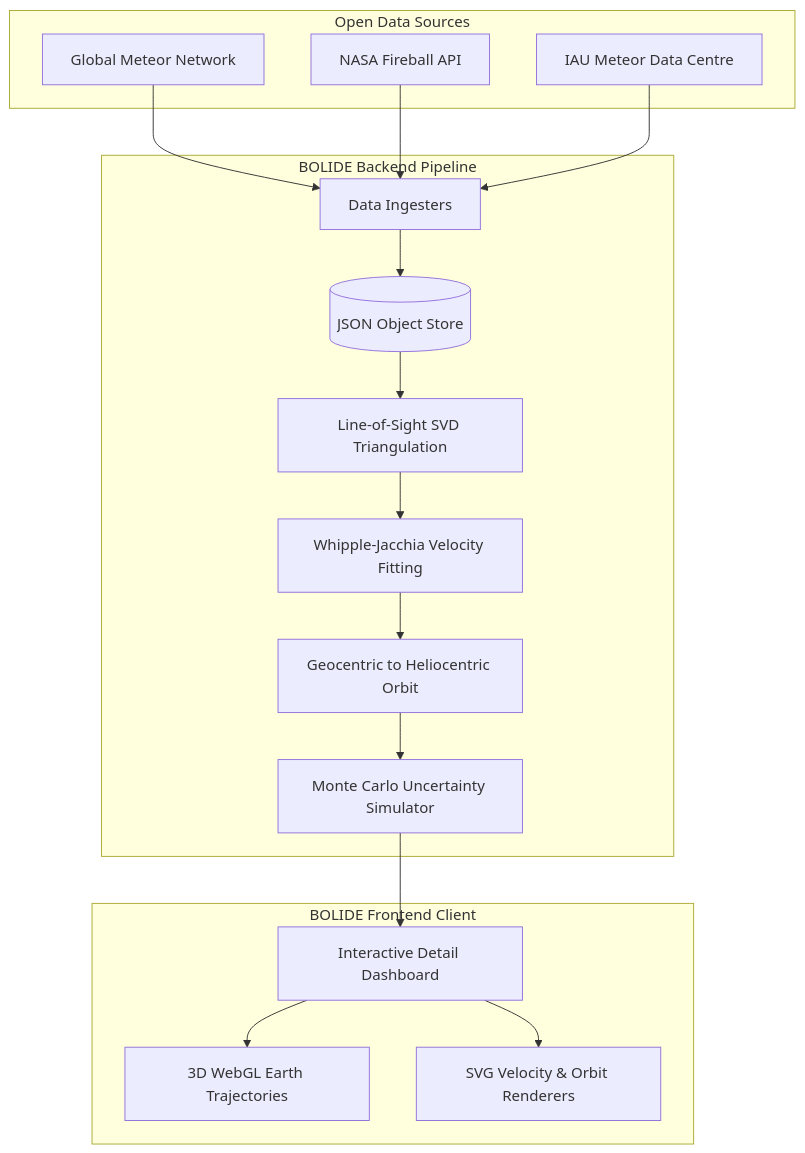
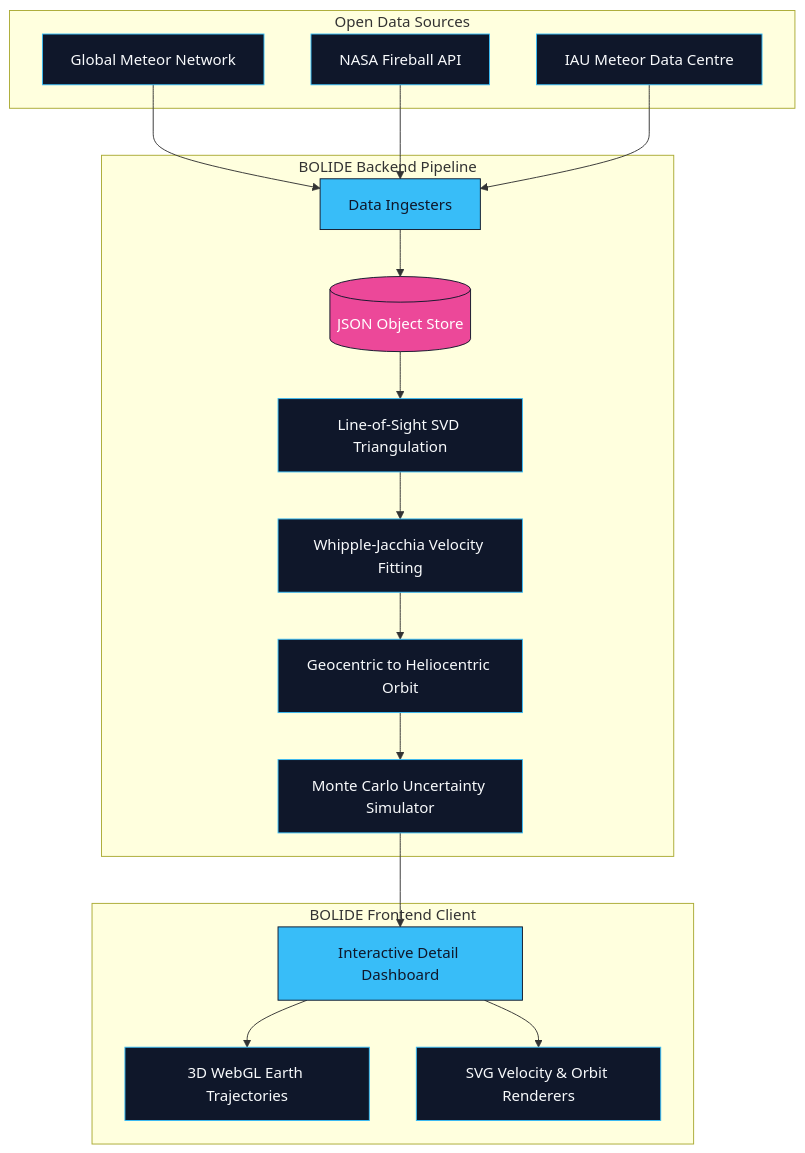
The diagram in README.md (Ojasvvv/Astrothon), drawn with Mermaid before and after one commit. The commit also changed other lines of this file and 49 other files, not shown here.

````diff
--- a/README.md
+++ b/README.md
@@ -32,38 +31,42 @@
 ```mermaid
 graph TD
+    classDef default fill:#0f172a,stroke:#38bdf8,stroke-width:1px,color:#f8fafc;
+    classDef highlight fill:#38bdf8,stroke:#0f172a,stroke-width:1px,color:#0f172a;
+    classDef store fill:#ec4899,stroke:#0f172a,stroke-width:1px,color:#fff;
+    
     subgraph Open Data Sources
-        GMN[Global Meteor Network]
-        NASA[NASA Fireball API]
-        IAU[IAU Meteor Data Centre]
+        GMN[Global Meteor Network]:::default
+        NASA[NASA Fireball API]:::default
+        IAU[IAU Meteor Data Centre]:::default
     end
 
     subgraph BOLIDE Backend Pipeline
-        Ingest[Data Ingesters]
-        Store[(JSON Object Store)]
+        Ingest[Data Ingesters]:::highlight
+        Store[(JSON Object Store)]:::store
         
-        Triangulate[Line-of-Sight SVD Triangulation]
-        Velocity[Whipple-Jacchia Velocity Fitting]
-        Orbit[Geocentric to Heliocentric Orbit]
-        MC[Monte Carlo Uncertainty Simulator]
+        Triangulate[Line-of-Sight SVD Triangulation]:::default
+        Velocity[Whipple-Jacchia Velocity Fitting]:::default
+        Orbit[Geocentric to Heliocentric Orbit]:::default
+        MC[Monte Carlo Uncertainty Simulator]:::default
     end
 
     subgraph BOLIDE Frontend Client
-        Dash[Interactive Detail Dashboard]
-        Map[3D WebGL Earth Trajectories]
-        Charts[SVG Velocity & Orbit Renderers]
+        Dash[Interactive Detail Dashboard]:::highlight
+        Map[3D WebGL Earth Trajectories]:::default
+        Charts[SVG Velocity & Orbit Renderers]:::default
     end
 
     GMN --> Ingest
     NASA --> Ingest
     IAU --> Ingest
 
     Ingest --> Store
     Store --> Triangulate
     Triangulate --> Velocity
     Velocity --> Orbit
     Orbit --> MC
     
     MC --> Dash
     Dash --> Map
     Dash --> Charts
 ```
````
